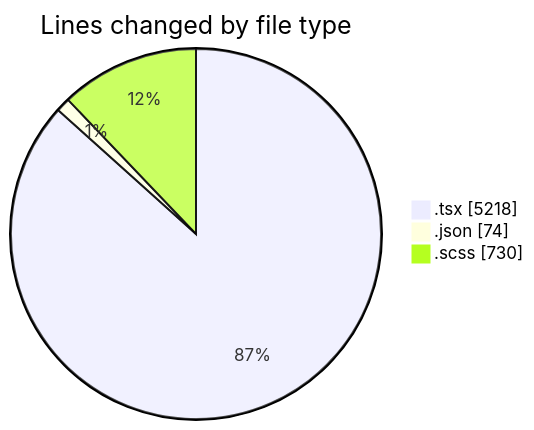
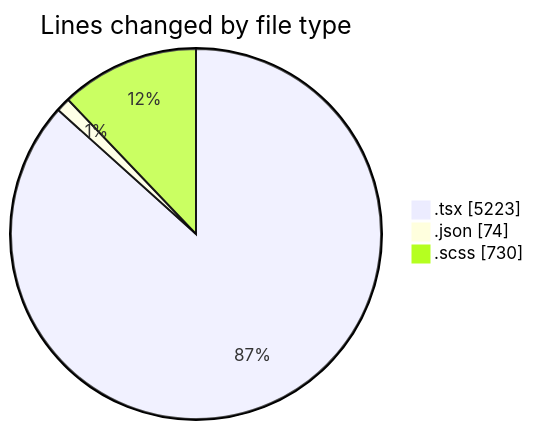
Before and after one commit to momahboobian/code-tracking: the first of 2 diagrams in 2025-04-08/cda/README.md, drawn with Mermaid. The commit also changed other lines of this file and 1 other file, not shown here.

````diff
--- a/2025-04-08/cda/README.md
+++ b/2025-04-08/cda/README.md
@@ -36,7 +36,7 @@
 ```mermaid
 pie showData
 title Lines changed by file type
-".tsx" : 5218
+".tsx" : 5223
 ".json" : 74
 ".scss" : 730
 ```
````
